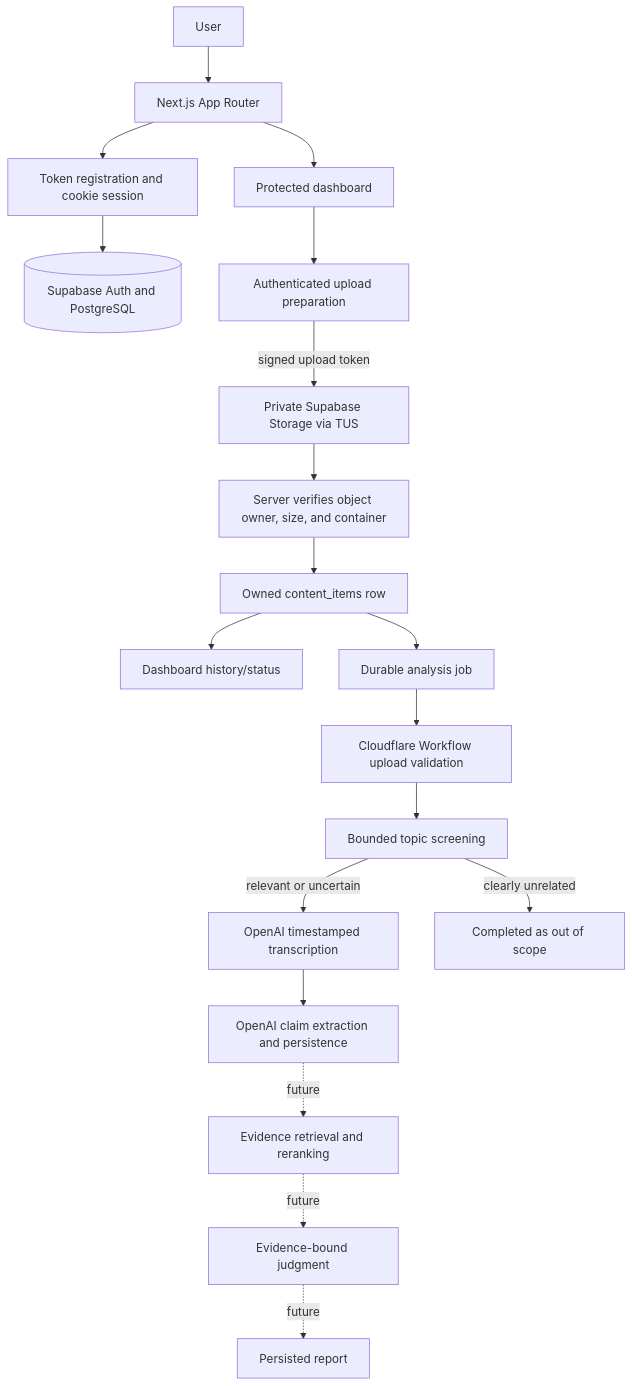
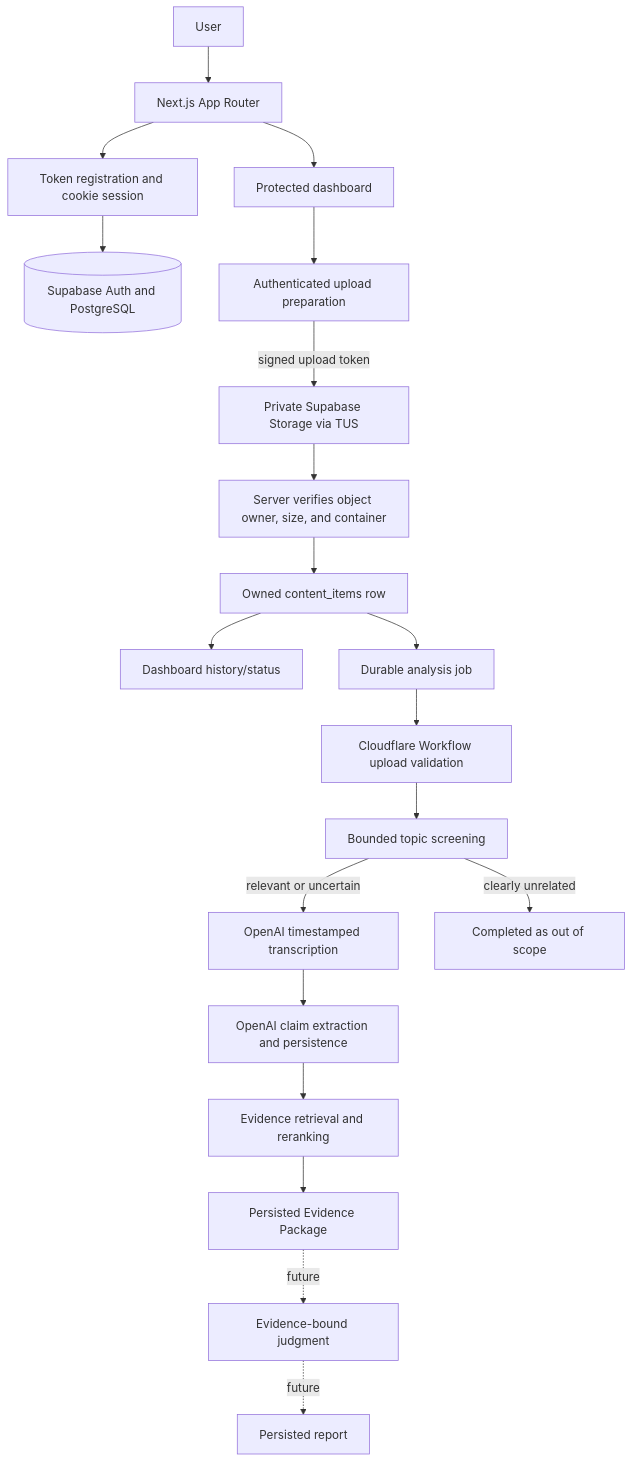
The diagram in ARCHITECTURE.md (Kirbik/psych-factcheck), drawn with Mermaid before and after one commit. The commit also changed other lines of this file and 7 other files, not shown here.

````diff
--- a/ARCHITECTURE.md
+++ b/ARCHITECTURE.md
@@ -21,21 +21,22 @@
 ```mermaid
 flowchart TD
   U[User] --> WEB[Next.js App Router]
   WEB --> AUTH[Token registration and cookie session]
   AUTH --> DB[(Supabase Auth and PostgreSQL)]
   WEB --> DASH[Protected dashboard]
   DASH --> UP[Authenticated upload preparation]
   UP -->|signed upload token| STORAGE[Private Supabase Storage via TUS]
   STORAGE --> VERIFY[Server verifies object owner, size, and container]
   VERIFY --> CONTENT[Owned content_items row]
   CONTENT --> HISTORY[Dashboard history/status]
   CONTENT --> JOB[Durable analysis job]
   JOB --> PREP[Cloudflare Workflow upload validation]
   PREP --> SCREEN[Bounded topic screening]
   SCREEN -->|relevant or uncertain| TRANS[OpenAI timestamped transcription]
   SCREEN -->|clearly unrelated| STOP[Completed as out of scope]
   TRANS --> CLAIMS[OpenAI claim extraction and persistence]
-  CLAIMS -. future .-> RAG[Evidence retrieval and reranking]
-  RAG -. future .-> JUDGE[Evidence-bound judgment]
+  CLAIMS --> RAG[Evidence retrieval and reranking]
+  RAG --> PACKAGE[Persisted Evidence Package]
+  PACKAGE -. future .-> JUDGE[Evidence-bound judgment]
   JUDGE -. future .-> REPORT[Persisted report]
 ```
````
